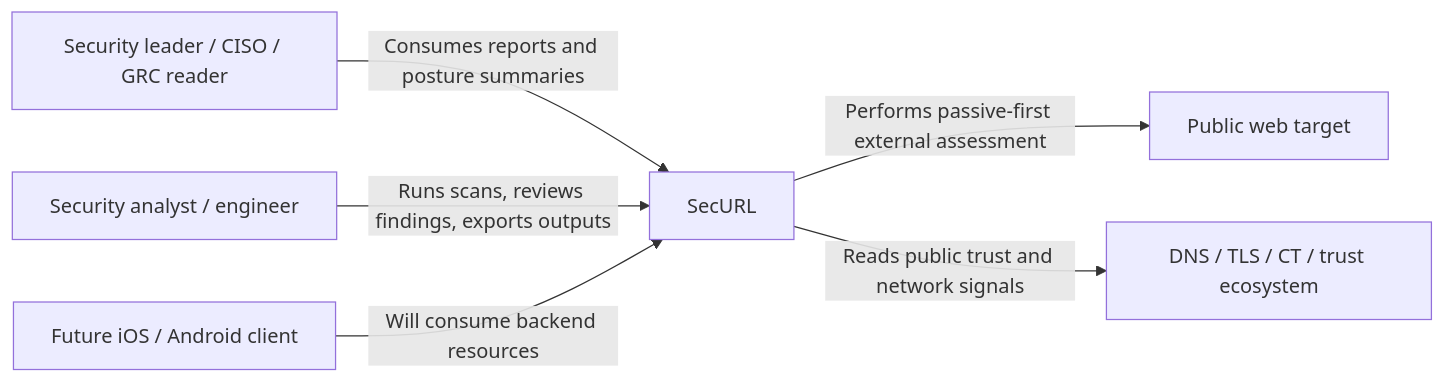
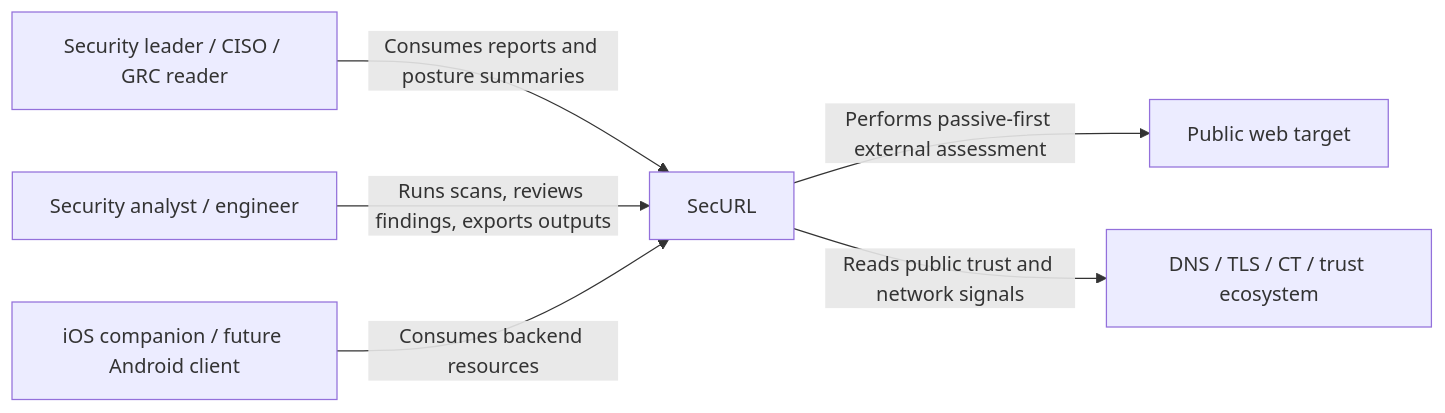
Before and after one commit to this-is-securl/securl: the first of 3 diagrams in docs/ARCHITECTURE-C4.md, drawn with Mermaid. The commit also changed other lines of this file and 5 other files, not shown here.

````diff
--- a/docs/ARCHITECTURE-C4.md
+++ b/docs/ARCHITECTURE-C4.md
@@ -31,16 +31,16 @@
 ```mermaid
 flowchart LR
   user_exec["Security leader / CISO / GRC reader"]
   user_analyst["Security analyst / engineer"]
-  mobile["Future iOS / Android client"]
+  mobile["iOS companion / future Android client"]
   target["Public web target"]
   trust["DNS / TLS / CT / trust ecosystem"]
 
   securl["SecURL"]
 
   user_exec -->|"Consumes reports and posture summaries"| securl
   user_analyst -->|"Runs scans, reviews findings, exports outputs"| securl
-  mobile -->|"Will consume backend resources"| securl
+  mobile -->|"Consumes backend resources"| securl
   securl -->|"Performs passive-first external assessment"| target
   securl -->|"Reads public trust and network signals"| trust
 ```
````
